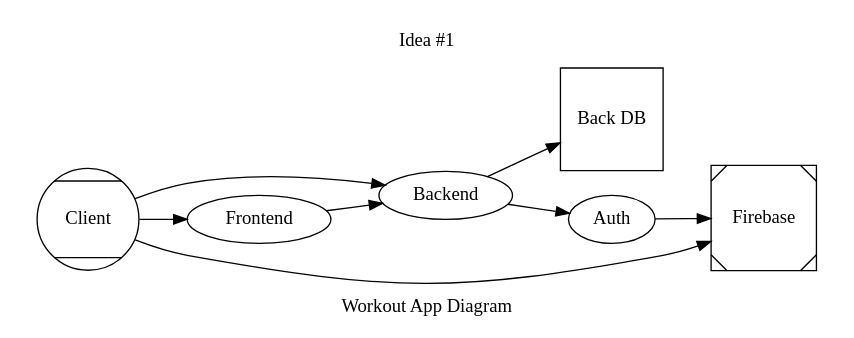
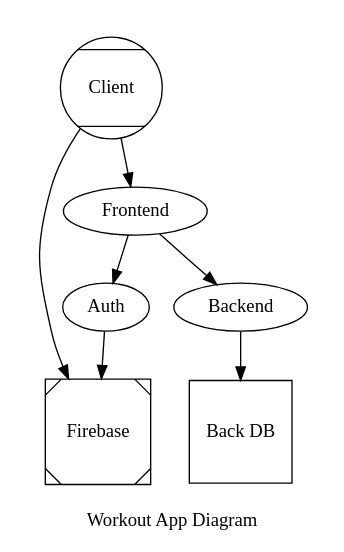
One commit to bevrist/workout-site changed the diagram in docs/diagram.dot. Above: the diagram before and after it, drawn with Graphviz. The commit also changed 12 other files, not shown here.

```diff
--- a/docs/diagram.dot
+++ b/docs/diagram.dot
@@ -1,22 +1,22 @@
 # https://dreampuf.github.io/GraphvizOnline
 
 digraph G {
-    rankdir=LR;
+    #rankdir = LR;
     label = "Workout App Diagram";
     Client [shape=Mcircle];
     Firebase [shape=Msquare];
     Frontend;
     Backend;
     Auth;
 
-    backDB [label="Back DB", shape=square];
+    BackDB [label="Back DB", shape=square];
 
     subgraph cluster_0 {
-        color=white;
-        label = "Idea #1";
-        Client -> Backend, Firebase, Frontend;
-        Frontend -> Backend;
-        Backend -> Auth, backDB;
+        color = white;
+        label = "";
+        Client -> Firebase, Frontend;
+        Frontend -> Backend, Auth;
+        Backend -> BackDB;
         Auth -> Firebase;
     }
 }
```
